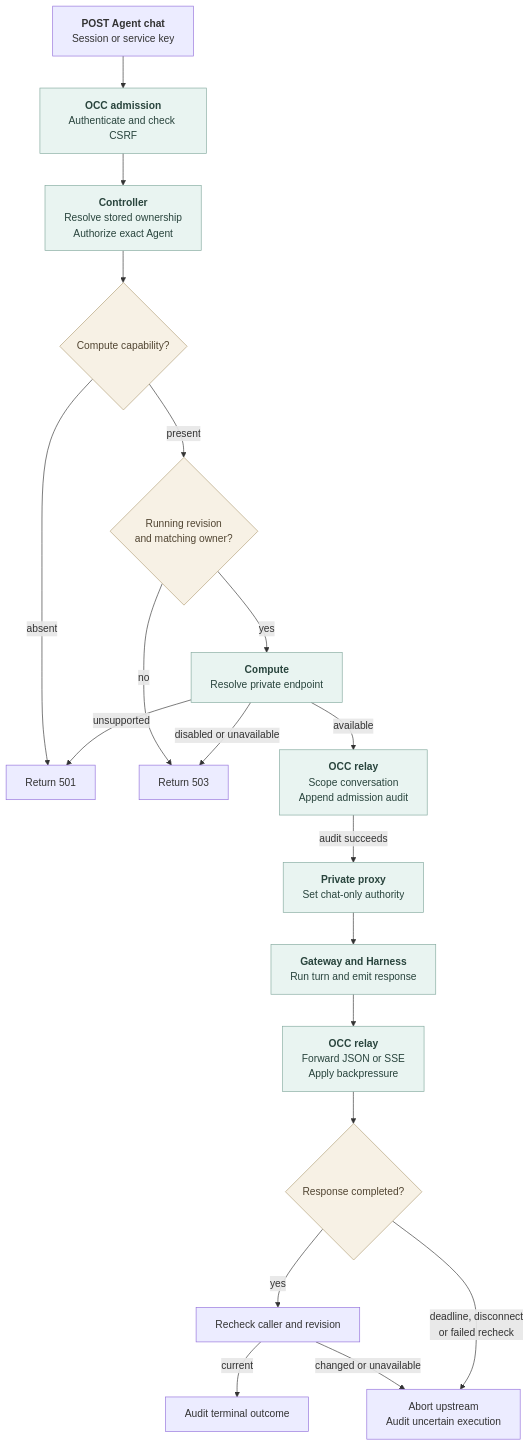
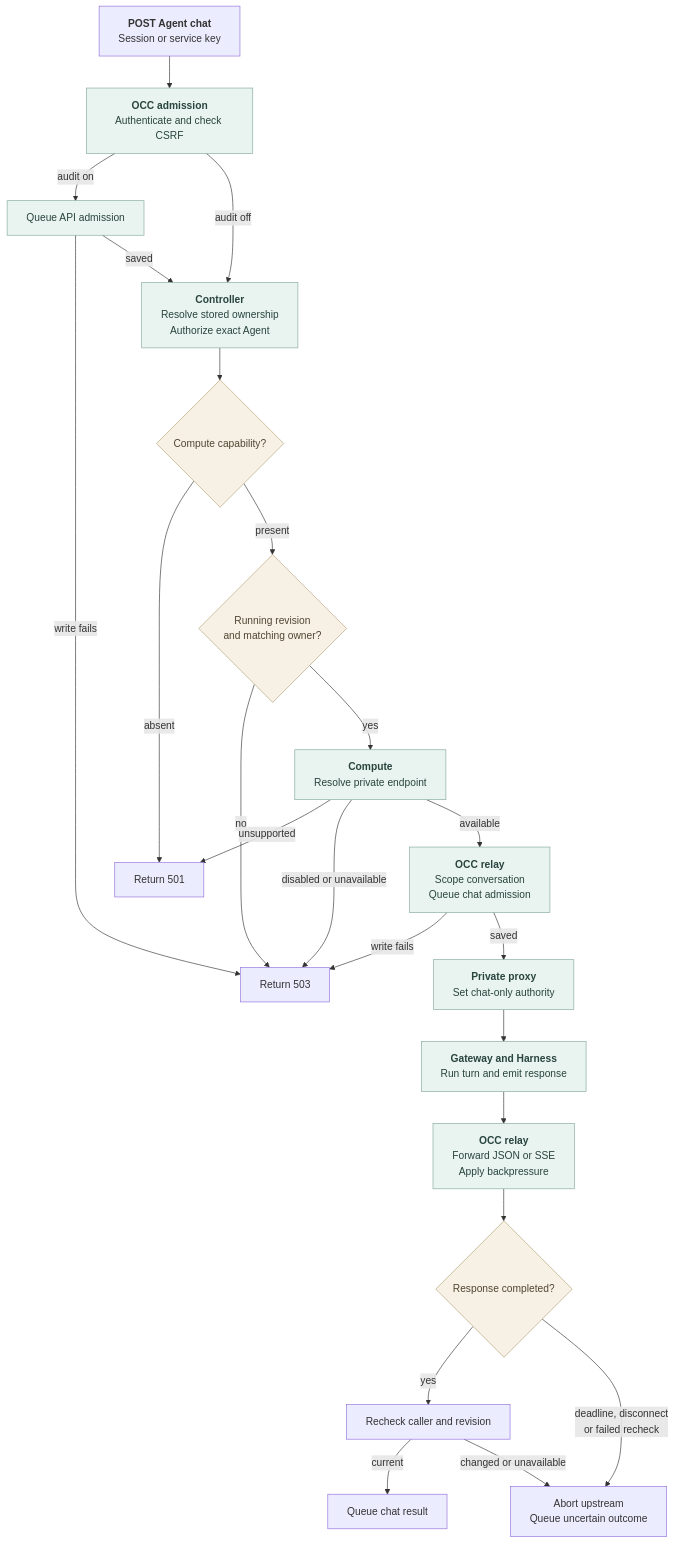
One commit to openclaw/openclaw-enterprise changed the diagram in docs/flows/agent-http-chat.md. Above: the diagram before and after it, drawn with Mermaid. The commit also changed other lines of this file and 17 other files, not shown here.

First line of the commit message:
Queue HTTP chat audit records before forwarding and deliver them in the background

````diff
--- a/docs/flows/agent-http-chat.md
+++ b/docs/flows/agent-http-chat.md
@@ -29,25 +29,29 @@
 ```mermaid
 graph TD
   A["<b>POST Agent chat</b><br/>Session or service key"] --> B["<b>OCC admission</b><br/>Authenticate and check CSRF"]
-  B --> C["<b>Controller</b><br/>Resolve stored ownership<br/>Authorize exact Agent"]
+  B -->|audit on| R["Queue API admission"]
+  R -->|write fails| V
+  R -->|saved| C
+  B -->|audit off| C["<b>Controller</b><br/>Resolve stored ownership<br/>Authorize exact Agent"]
   C --> D{"Compute capability?"}
   D -->|absent| U["Return 501"]
   D -->|present| E{"Running revision<br/>and matching owner?"}
   E -->|no| V["Return 503"]
   E -->|yes| F["<b>Compute</b><br/>Resolve private endpoint"]
   F -->|unsupported| U
   F -->|disabled or unavailable| V
-  F -->|available| G["<b>OCC relay</b><br/>Scope conversation<br/>Append admission audit"]
-  G -->|audit succeeds| H["<b>Private proxy</b><br/>Set chat-only authority"]
+  F -->|available| G["<b>OCC relay</b><br/>Scope conversation<br/>Queue chat admission"]
+  G -->|write fails| V
+  G -->|saved| H["<b>Private proxy</b><br/>Set chat-only authority"]
   H --> I["<b>Gateway and Harness</b><br/>Run turn and emit response"]
   I --> J["<b>OCC relay</b><br/>Forward JSON or SSE<br/>Apply backpressure"]
   J --> K{"Response completed?"}
   K -->|yes| N["Recheck caller and revision"]
-  N -->|current| L["Audit terminal outcome"]
+  N -->|current| L["Queue chat result"]
   N -->|changed or unavailable| M
-  K -->|deadline, disconnect<br/>or failed recheck| M["Abort upstream<br/>Audit uncertain execution"]
+  K -->|deadline, disconnect<br/>or failed recheck| M["Abort upstream<br/>Queue uncertain outcome"]
   classDef gate fill:#F7F1E5,stroke:#B3A078,color:#514532,stroke-width:1px
   classDef process fill:#E9F4F1,stroke:#83A99E,color:#29443D,stroke-width:1px
   class D,E,K gate
-  class B,C,F,G,H,I,J process
+  class B,C,F,G,H,I,J,R process
 ```
````
